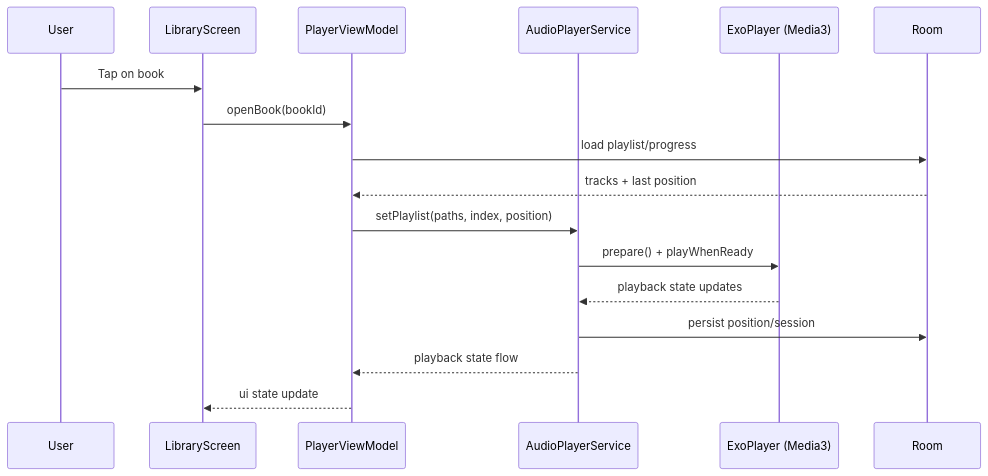
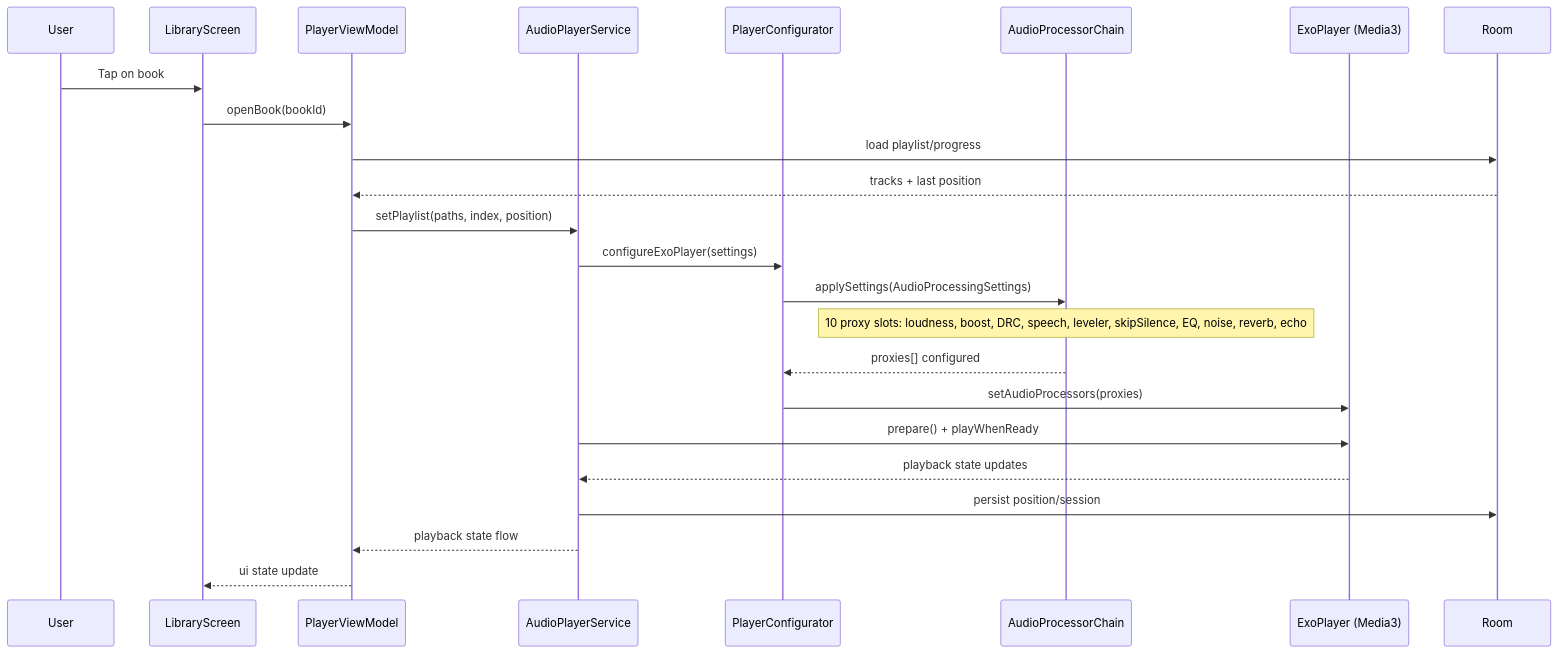
One commit to Gosayram/jabook changed the second of 5 diagrams in README.md. Above: the diagram before and after it, drawn with Mermaid. The commit also changed other lines of this file, not shown here.

````diff
--- a/README.md
+++ b/README.md
@@ -116,20 +151,27 @@
 ```mermaid
 sequenceDiagram
     participant U as User
     participant L as LibraryScreen
     participant VM as PlayerViewModel
     participant S as AudioPlayerService
+    participant PC as PlayerConfigurator
+    participant CH as AudioProcessorChain
     participant E as ExoPlayer (Media3)
     participant DB as Room
 
     U->>L: Tap on book
     L->>VM: openBook(bookId)
     VM->>DB: load playlist/progress
     DB-->>VM: tracks + last position
     VM->>S: setPlaylist(paths, index, position)
+    S->>PC: configureExoPlayer(settings)
+    PC->>CH: applySettings(AudioProcessingSettings)
+    Note over CH: 10 proxy slots: loudness, boost, DRC, speech, leveler, skipSilence, EQ, noise, reverb, echo
+    CH-->>PC: proxies[] configured
+    PC->>E: setAudioProcessors(proxies)
     S->>E: prepare() + playWhenReady
     E-->>S: playback state updates
     S->>DB: persist position/session
     S-->>VM: playback state flow
     VM-->>L: ui state update
 ```
````
